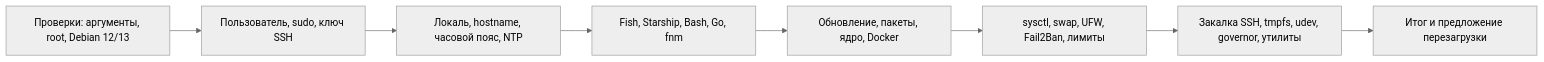
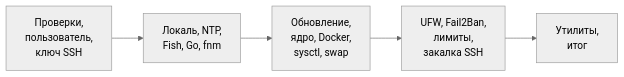
The diagram in docs/README_VPS.md (snaplyze/optimize-debian), drawn with Mermaid (neutral theme) before and after one commit. The commit also changed 7 other files, not shown here.

First line of the commit message:
docs: make the diagrams of README and the guides readable on GitHub

````diff
--- a/docs/README_VPS.md
+++ b/docs/README_VPS.md
@@ -112,10 +112,7 @@
 ```mermaid
 flowchart LR
-    A["Проверки: аргументы, root, Debian 12/13"] --> B["Пользователь, sudo, ключ SSH"]
-    B --> C["Локаль, hostname, часовой пояс, NTP"]
-    C --> D["Fish, Starship, Bash, Go, fnm"]
-    D --> E["Обновление, пакеты, ядро, Docker"]
-    E --> F["sysctl, swap, UFW, Fail2Ban, лимиты"]
-    F --> G["Закалка SSH, tmpfs, udev, governor, утилиты"]
-    G --> H["Итог и предложение перезагрузки"]
+    A["Проверки,<br>пользователь,<br>ключ SSH"] --> B["Локаль, NTP,<br>Fish, Go, fnm"]
+    B --> C["Обновление,<br>ядро, Docker,<br>sysctl, swap"]
+    C --> D["UFW, Fail2Ban,<br>лимиты,<br>закалка SSH"]
+    D --> E["Утилиты,<br>итог"]
 ```
````
